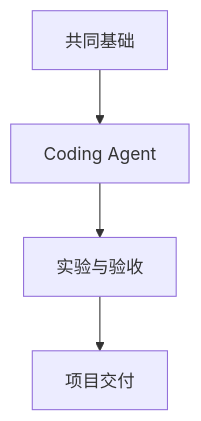
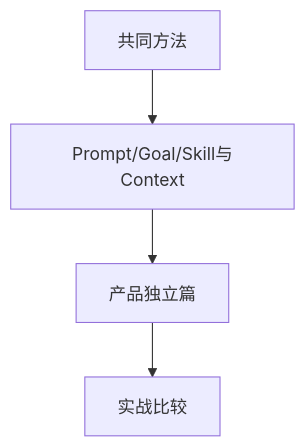
The diagram in source/_posts/learn-topic/coding-agent/Coding Agent(一)入门路线.md (koco-co/hexo-blog), drawn with Mermaid before and after one commit. The commit also changed other lines of this file and 267 other files, not shown here.

```diff
--- a/source/_posts/learn-topic/coding-agent/Coding Agent(一)入门路线.md
+++ b/source/_posts/learn-topic/coding-agent/Coding Agent(一)入门路线.md
@@ -35,6 +35,10 @@
 {% mermaid %}
 flowchart TD
-  A[共同基础] --> B[Coding Agent]
-  B --> C[实验与验收]
-  C --> D[项目交付]
+  P1[共同方法]
+  P2[Prompt/Goal/Skill与Context]
+  P3[产品独立篇]
+  P4[实战比较]
+  P1 --> P2
+  P2 --> P3
+  P3 --> P4
 {% endmermaid %}
```
